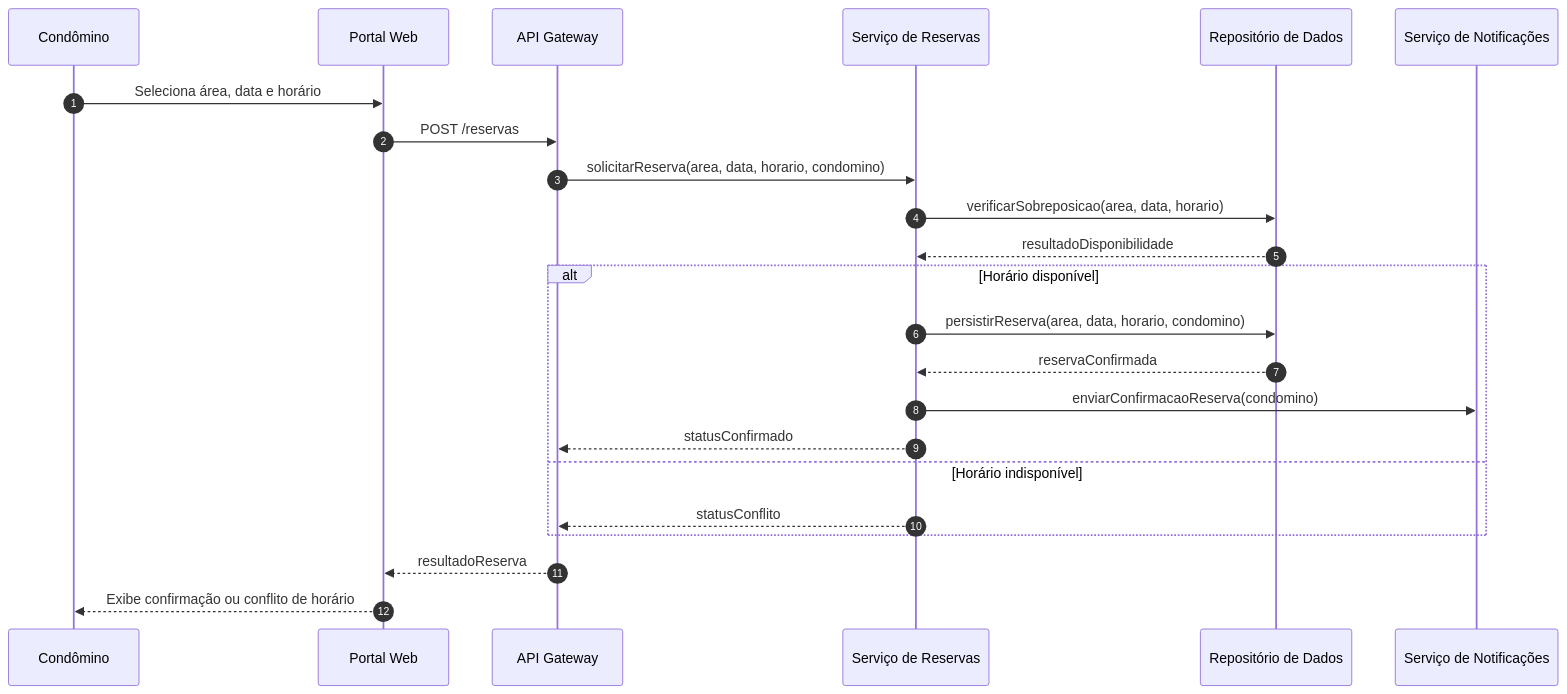
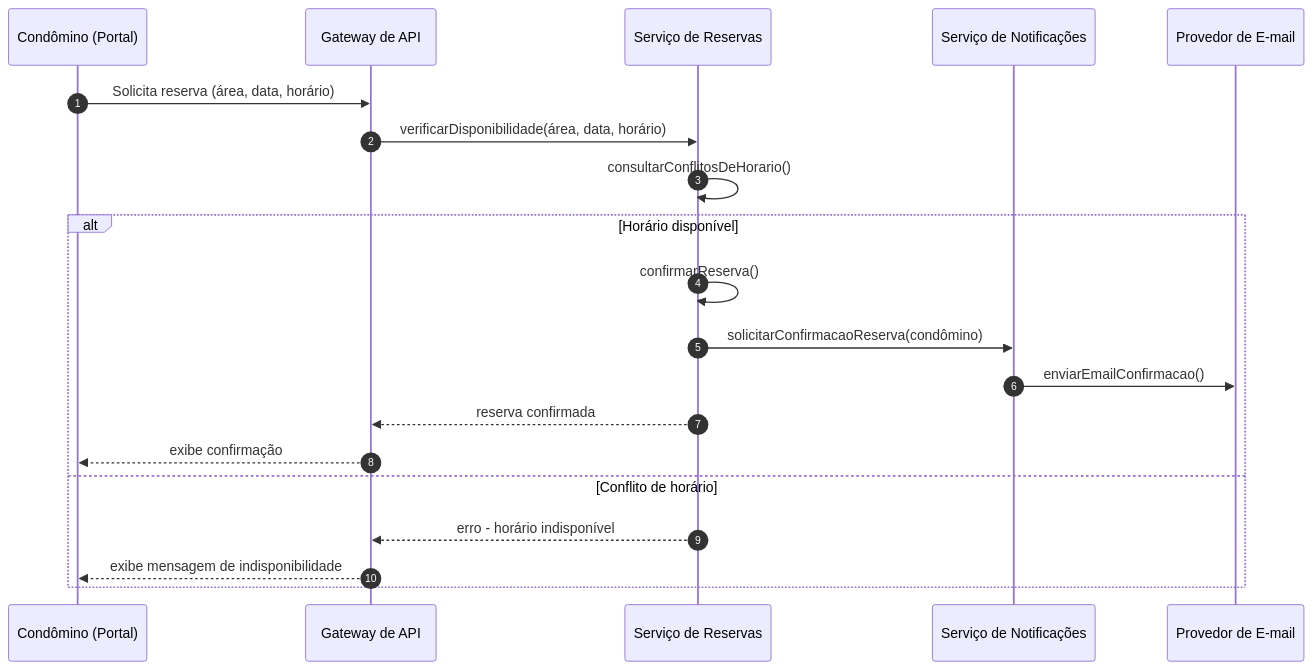
Before and after one commit to PDC-ESIA/AI4ES: the third of 3 diagrams in docs/Time_2_Design/analise-qualitativa/outputs/relatorio_claude_sonnet_5_M04.md, drawn with Mermaid. The commit also changed other lines of this file and 107 other files, not shown here.

````diff
--- a/docs/Time_2_Design/analise-qualitativa/outputs/relatorio_claude_sonnet_5_M04.md
+++ b/docs/Time_2_Design/analise-qualitativa/outputs/relatorio_claude_sonnet_5_M04.md
@@ -143,28 +144,23 @@
 ```mermaid
 sequenceDiagram
     autonumber
-    participant Condomino as Condômino
-    participant Portal as Portal Web
-    participant Gateway as API Gateway
-    participant Reserva as Serviço de Reservas
-    participant Repositorio as Repositório de Dados
-    participant Notificacao as Serviço de Notificações
+    participant Condomino as Condômino (Portal)
+    participant GW as Gateway de API
+    participant SvcRes as Serviço de Reservas
+    participant Notif as Serviço de Notificações
+    participant Email as Provedor de E-mail
 
-    Condomino->>Portal: Seleciona área, data e horário
-    Portal->>Gateway: POST /reservas
-    Gateway->>Reserva: solicitarReserva(area, data, horario, condomino)
-    Reserva->>Repositorio: verificarSobreposicao(area, data, horario)
-    Repositorio-->>Reserva: resultadoDisponibilidade
-
+    Condomino->>GW: Solicita reserva (área, data, horário)
+    GW->>SvcRes: verificarDisponibilidade(área, data, horário)
+    SvcRes->>SvcRes: consultarConflitosDeHorario()
     alt Horário disponível
-        Reserva->>Repositorio: persistirReserva(area, data, horario, condomino)
-        Repositorio-->>Reserva: reservaConfirmada
-        Reserva->>Notificacao: enviarConfirmacaoReserva(condomino)
-        Reserva-->>Gateway: statusConfirmado
-    else Horário indisponível
-        Reserva-->>Gateway: statusConflito
+        SvcRes->>SvcRes: confirmarReserva()
+        SvcRes->>Notif: solicitarConfirmacaoReserva(condômino)
+        Notif->>Email: enviarEmailConfirmacao()
+        SvcRes-->>GW: reserva confirmada
+        GW-->>Condomino: exibe confirmação
+    else Conflito de horário
+        SvcRes-->>GW: erro - horário indisponível
+        GW-->>Condomino: exibe mensagem de indisponibilidade
     end
-
-    Gateway-->>Portal: resultadoReserva
-    Portal-->>Condomino: Exibe confirmação ou conflito de horário
 ```
````
